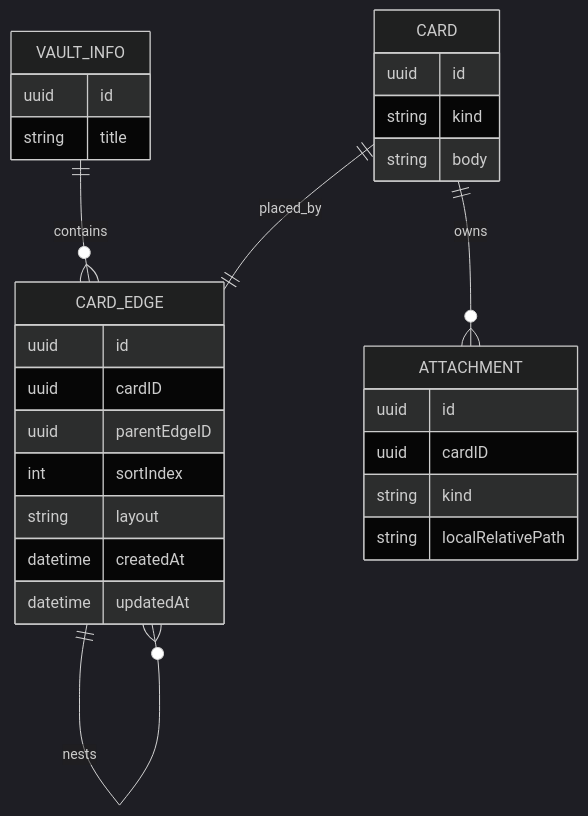
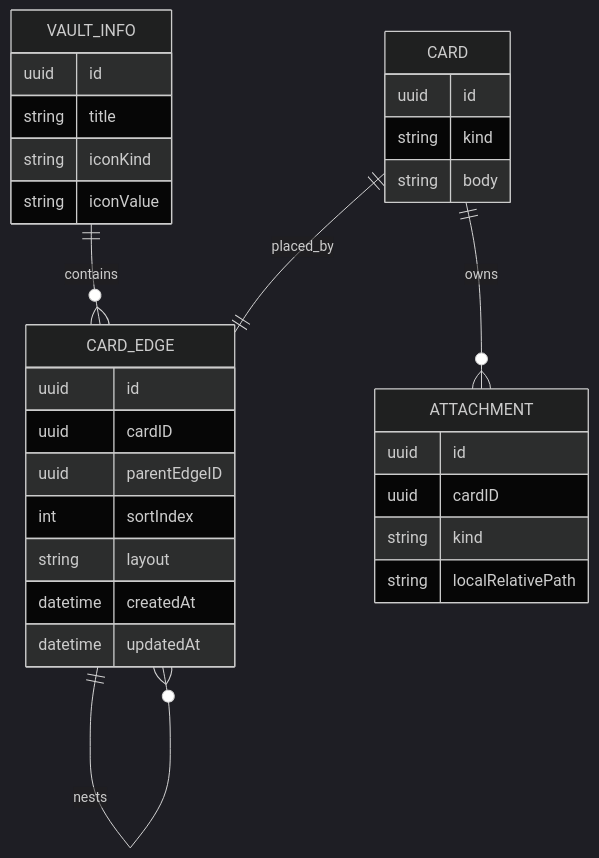
The eighth of 9 diagrams in Apps/Journal/docs/VAULT_SYNC_DESIGN.md (muukii/MuApps), drawn with Mermaid (dark theme) before and after one commit. The commit also changed other lines of this file and 91 other files, not shown here.

````diff
--- a/Apps/Journal/docs/VAULT_SYNC_DESIGN.md
+++ b/Apps/Journal/docs/VAULT_SYNC_DESIGN.md
@@ -547,35 +550,37 @@
 ```mermaid
 erDiagram
   VAULT_INFO ||--o{ CARD_EDGE : contains
   CARD_EDGE ||--o{ CARD_EDGE : nests
   CARD ||--|| CARD_EDGE : placed_by
   CARD ||--o{ ATTACHMENT : owns
 
   VAULT_INFO {
     uuid id
     string title
+    string iconKind
+    string iconValue
   }
 
   CARD_EDGE {
     uuid id
     uuid cardID
     uuid parentEdgeID
     int sortIndex
     string layout
     datetime createdAt
     datetime updatedAt
   }
 
   CARD {
     uuid id
     string kind
     string body
   }
 
   ATTACHMENT {
     uuid id
     uuid cardID
     string kind
     string localRelativePath
   }
 ```
````
